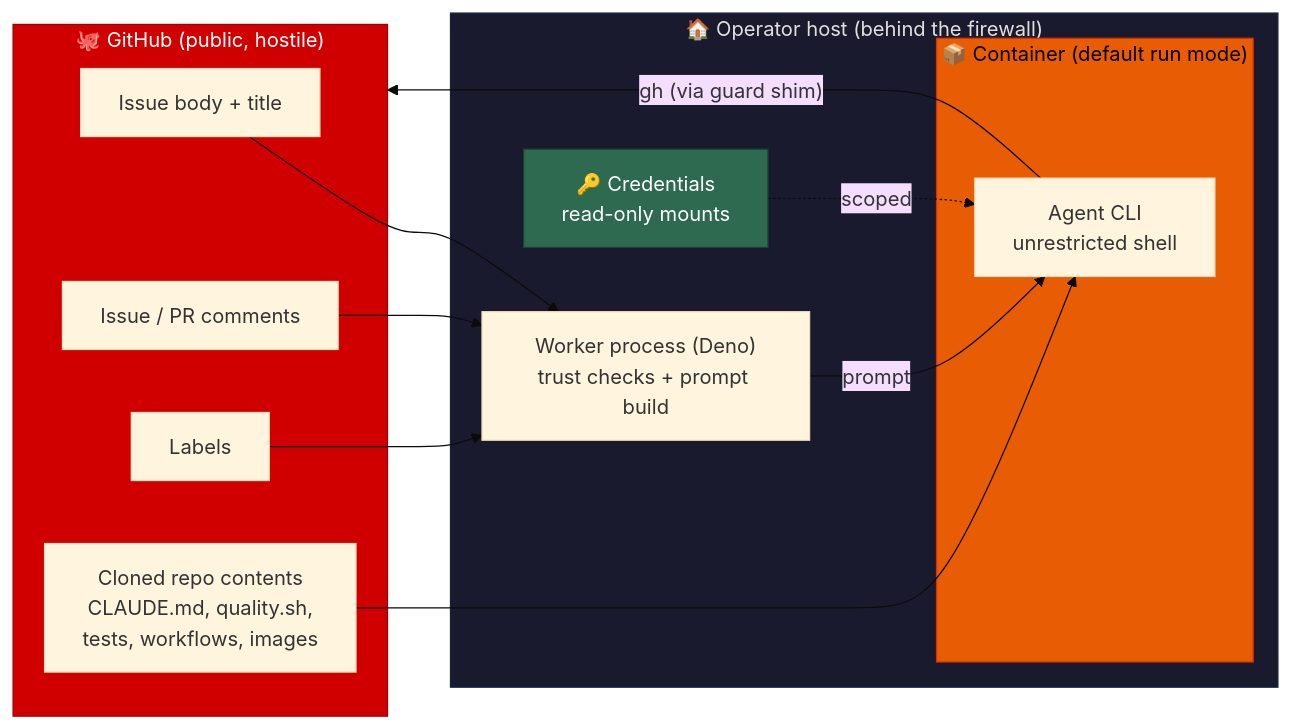
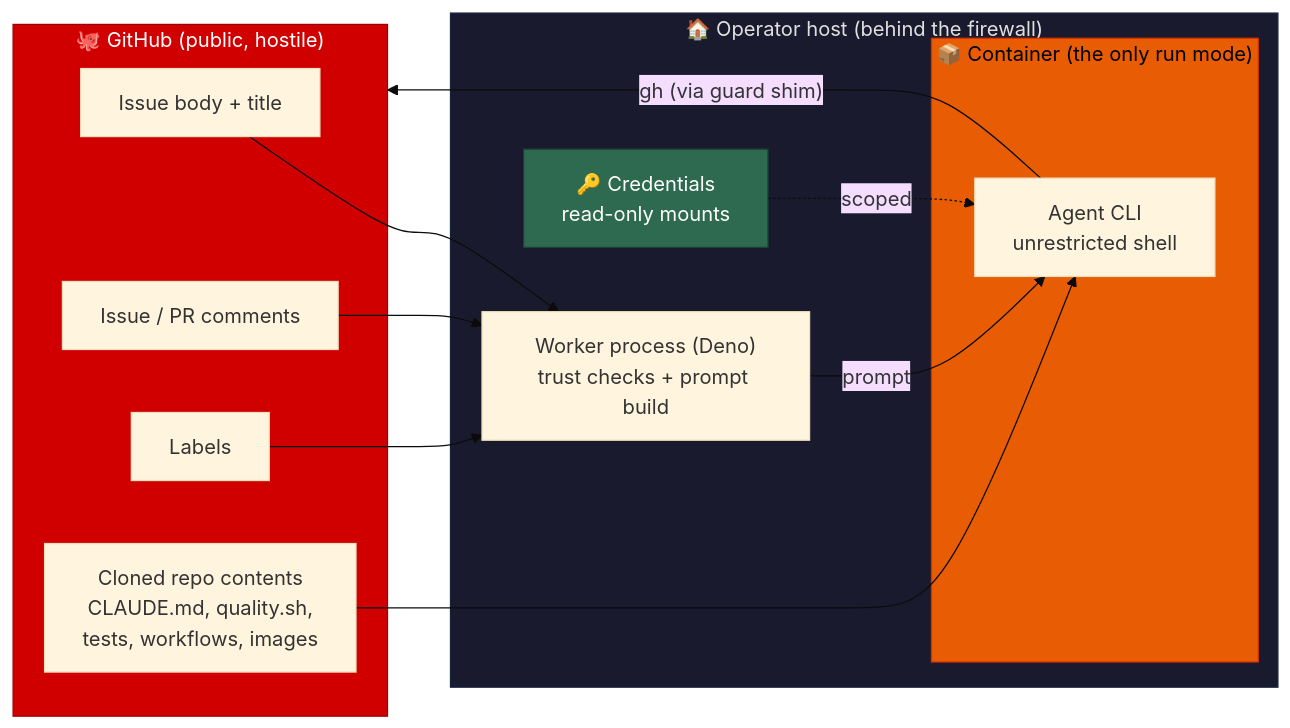
Before and after one commit to stSoftwareAU/VibeCoder: the first of 2 diagrams in docs/THREAT-MODEL.md, drawn with Mermaid (base theme). The commit also changed other lines of this file and 50 other files, not shown here.

````diff
--- a/docs/THREAT-MODEL.md
+++ b/docs/THREAT-MODEL.md
@@ -36,28 +36,28 @@
 ```mermaid
 flowchart LR
     subgraph GH["🐙 GitHub (public, hostile)"]
         B["Issue body + title"]
         C["Issue / PR comments"]
         L["Labels"]
         R["Cloned repo contents<br/>CLAUDE.md, quality.sh,<br/>tests, workflows, images"]
     end
     subgraph HOST["🏠 Operator host (behind the firewall)"]
         W["Worker process (Deno)<br/>trust checks + prompt build"]
-        subgraph CON["📦 Container (default run mode)"]
+        subgraph CON["📦 Container (the only run mode)"]
             A["Agent CLI<br/>unrestricted shell"]
         end
         K["🔑 Credentials<br/>read-only mounts"]
     end
     B --> W
     C --> W
     L --> W
     R --> A
     W -->|prompt| A
     K -.->|scoped| A
     A -->|"gh (via guard shim)"| GH
 
     style GH fill:#d00000,stroke:#9d0208,color:#fff
     style HOST fill:#1a1a2e,stroke:#16213e,color:#e0e0e0
     style CON fill:#e85d04,stroke:#dc2f02,color:#000
     style K fill:#2d6a4f,stroke:#1b4332,color:#fff
 ```
````
